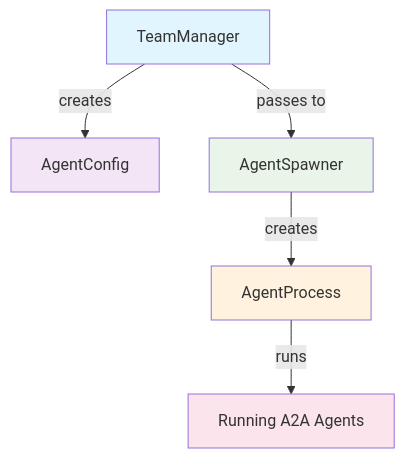
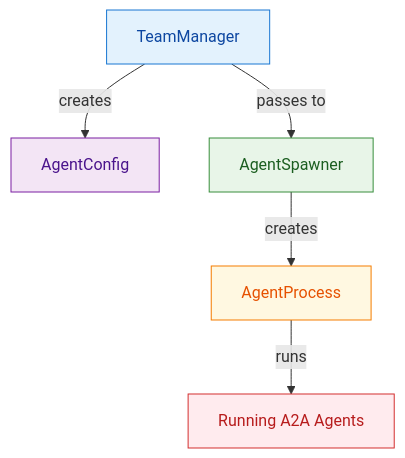
One commit to locchh/cc-team-python changed the diagram in docs/ARCHITECTURE.md. Above: the diagram before and after it, drawn with Mermaid. The commit also changed other lines of this file, not shown here.

Commit message:
Remove runtime example and benefits sections from architecture documentation

````diff
--- a/docs/ARCHITECTURE.md
+++ b/docs/ARCHITECTURE.md
@@ -76,13 +76,13 @@
 ```mermaid
 graph TD
     A[TeamManager] -->|creates| B[AgentConfig]
     A -->|passes to| C[AgentSpawner]
     C -->|creates| D[AgentProcess]
     D -->|runs| E[Running A2A Agents]
     
-    style A fill:#e1f5fe
-    style B fill:#f3e5f5
-    style C fill:#e8f5e8
-    style D fill:#fff3e0
-    style E fill:#fce4ec
+    style A fill:#e3f2fd,stroke:#1976d2,color:#0d47a1
+    style B fill:#f3e5f5,stroke:#7b1fa2,color:#4a148c
+    style C fill:#e8f5e8,stroke:#388e3c,color:#1b5e20
+    style D fill:#fff8e1,stroke:#f57c00,color:#e65100
+    style E fill:#ffebee,stroke:#d32f2f,color:#b71c1c
 ```
````
